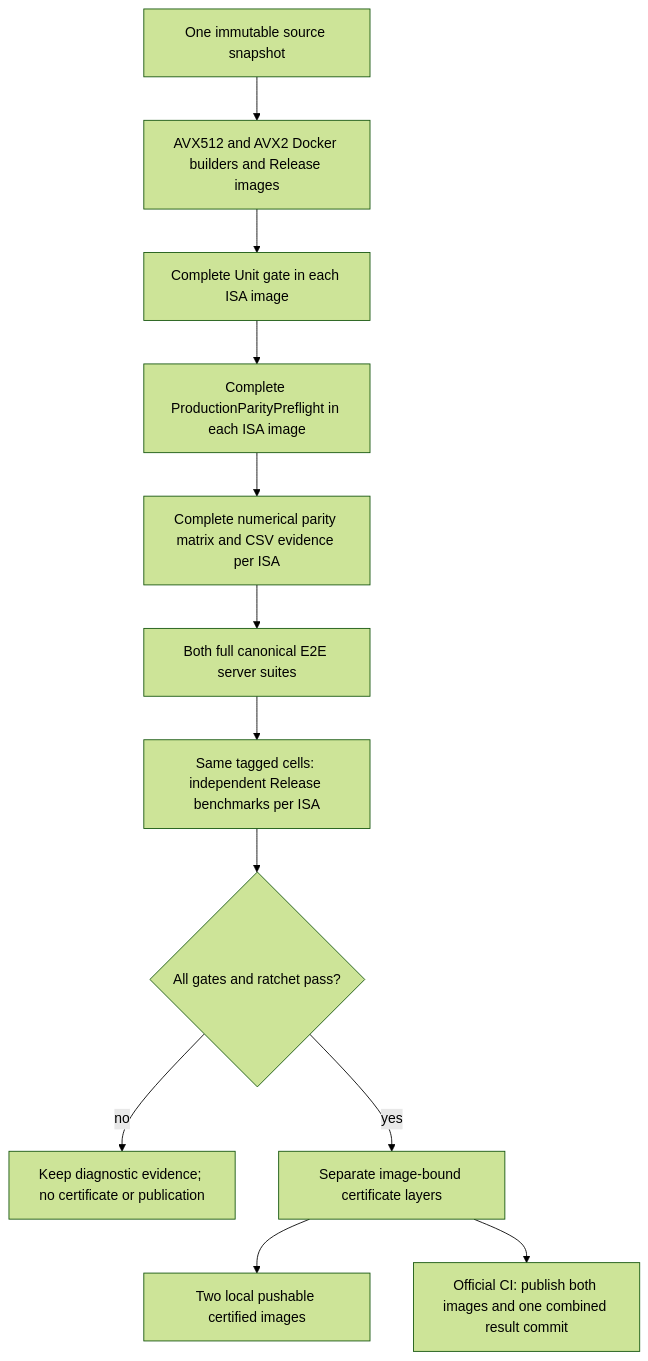
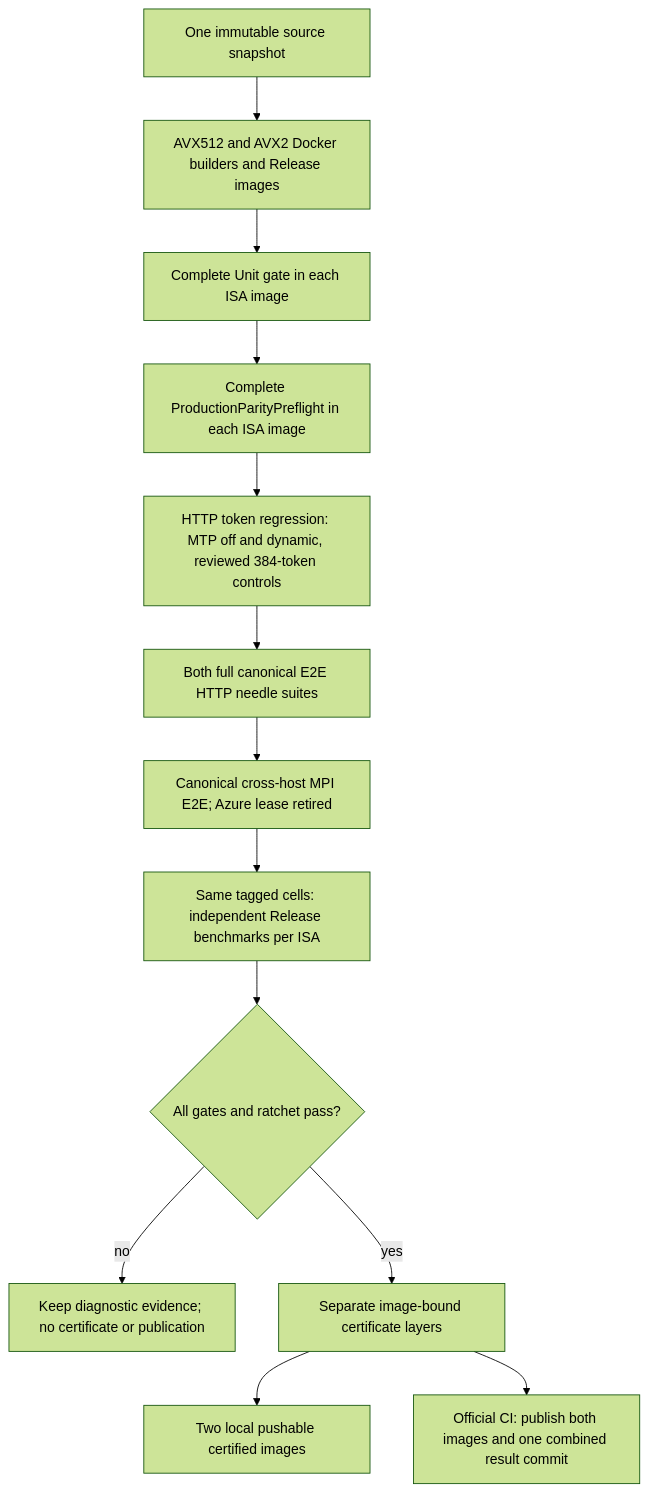
One commit to Llaminar/llaminar changed the diagram in docs/production-ci.md. Above: the diagram before and after it, drawn with Mermaid (forest theme). The commit also changed other lines of this file and 621 other files, not shown here.

````diff
--- a/docs/production-ci.md
+++ b/docs/production-ci.md
@@ -9,14 +12,15 @@
 ```mermaid
 flowchart TD
     S[One immutable source snapshot] --> B[AVX512 and AVX2 Docker builders and Release images]
     B --> U[Complete Unit gate in each ISA image]
     U --> P[Complete ProductionParityPreflight in each ISA image]
-    P --> M[Complete numerical parity matrix and CSV evidence per ISA]
-    M --> E[Both full canonical E2E server suites]
-    E --> T[Same tagged cells: independent Release benchmarks per ISA]
+    P --> G[HTTP token regression: MTP off and dynamic, reviewed 384-token controls]
+    G --> E[Both full canonical E2E HTTP needle suites]
+    E --> X[Canonical cross-host MPI E2E; Azure lease retired]
+    X --> T[Same tagged cells: independent Release benchmarks per ISA]
     T --> R{All gates and ratchet pass?}
     R -- no --> F[Keep diagnostic evidence; no certificate or publication]
     R -- yes --> C[Separate image-bound certificate layers]
     C --> L[Two local pushable certified images]
     C --> O[Official CI: publish both images and one combined result commit]
 ```
````
